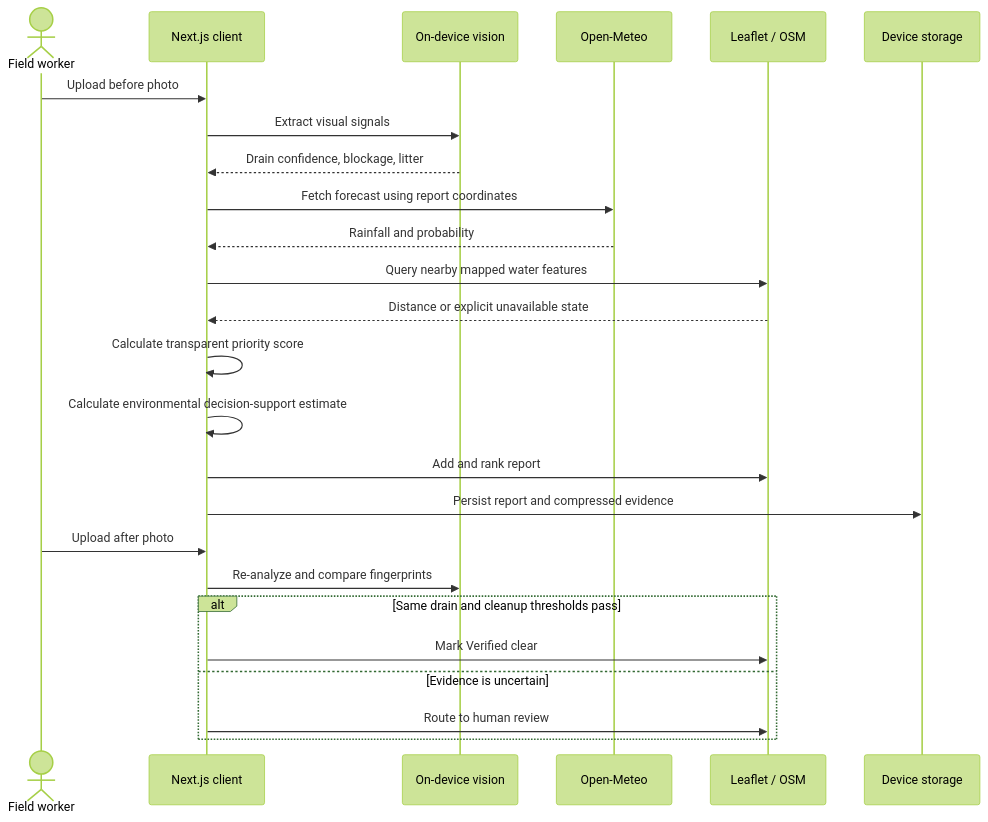
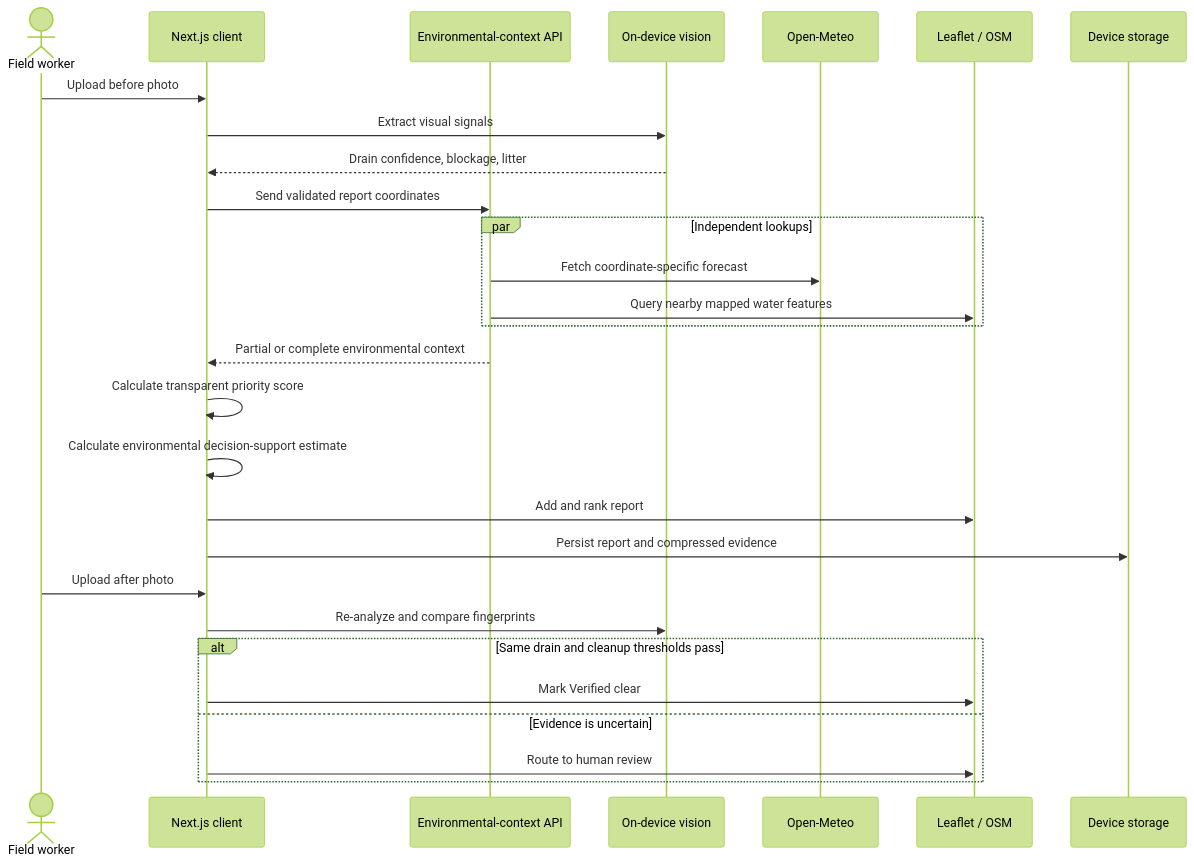
The diagram in docs/ARCHITECTURE.md (bhavyakeerthi3/drainguard-ai), drawn with Mermaid (forest theme) before and after one commit. The commit also changed other lines of this file and 2 other files, not shown here.

Commit message:
Document resilient environmental scoring

````diff
--- a/docs/ARCHITECTURE.md
+++ b/docs/ARCHITECTURE.md
@@ -14,28 +14,31 @@
 ```mermaid
 sequenceDiagram
     actor Worker as Field worker
     participant UI as Next.js client
+    participant API as Environmental-context API
     participant Vision as On-device vision
     participant Weather as Open-Meteo
     participant Map as Leaflet / OSM
     participant Store as Device storage
 
     Worker->>UI: Upload before photo
     UI->>Vision: Extract visual signals
     Vision-->>UI: Drain confidence, blockage, litter
-    UI->>Weather: Fetch forecast using report coordinates
-    Weather-->>UI: Rainfall and probability
-    UI->>Map: Query nearby mapped water features
-    Map-->>UI: Distance or explicit unavailable state
+    UI->>API: Send validated report coordinates
+    par Independent lookups
+        API->>Weather: Fetch coordinate-specific forecast
+        API->>Map: Query nearby mapped water features
+    end
+    API-->>UI: Partial or complete environmental context
     UI->>UI: Calculate transparent priority score
     UI->>UI: Calculate environmental decision-support estimate
     UI->>Map: Add and rank report
     UI->>Store: Persist report and compressed evidence
     Worker->>UI: Upload after photo
     UI->>Vision: Re-analyze and compare fingerprints
     alt Same drain and cleanup thresholds pass
         UI->>Map: Mark Verified clear
     else Evidence is uncertain
         UI->>Map: Route to human review
     end
 ```
````
